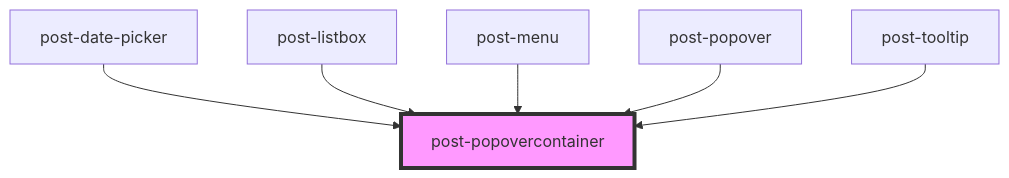
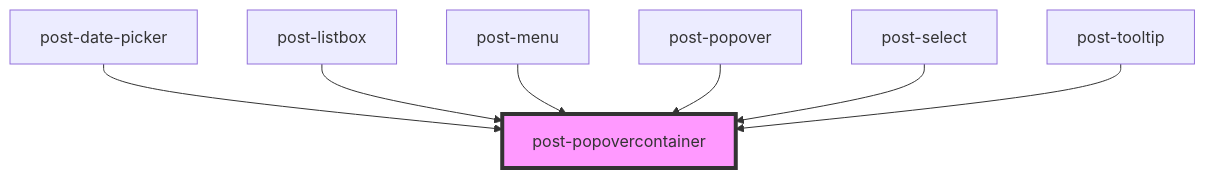
One commit to swisspost/design-system changed the diagram in packages/components/src/components/post-popovercontainer/readme.md. Above: the diagram before and after it, drawn with Mermaid. The commit also changed other lines of this file and 13 other files, not shown here.

````diff
--- a/packages/components/src/components/post-popovercontainer/readme.md
+++ b/packages/components/src/components/post-popovercontainer/readme.md
@@ -105,9 +106,10 @@
 ```mermaid
 graph TD;
   post-date-picker --> post-popovercontainer
   post-listbox --> post-popovercontainer
   post-menu --> post-popovercontainer
   post-popover --> post-popovercontainer
+  post-select --> post-popovercontainer
   post-tooltip --> post-popovercontainer
   style post-popovercontainer fill:#f9f,stroke:#333,stroke-width:4px
 ```
````
